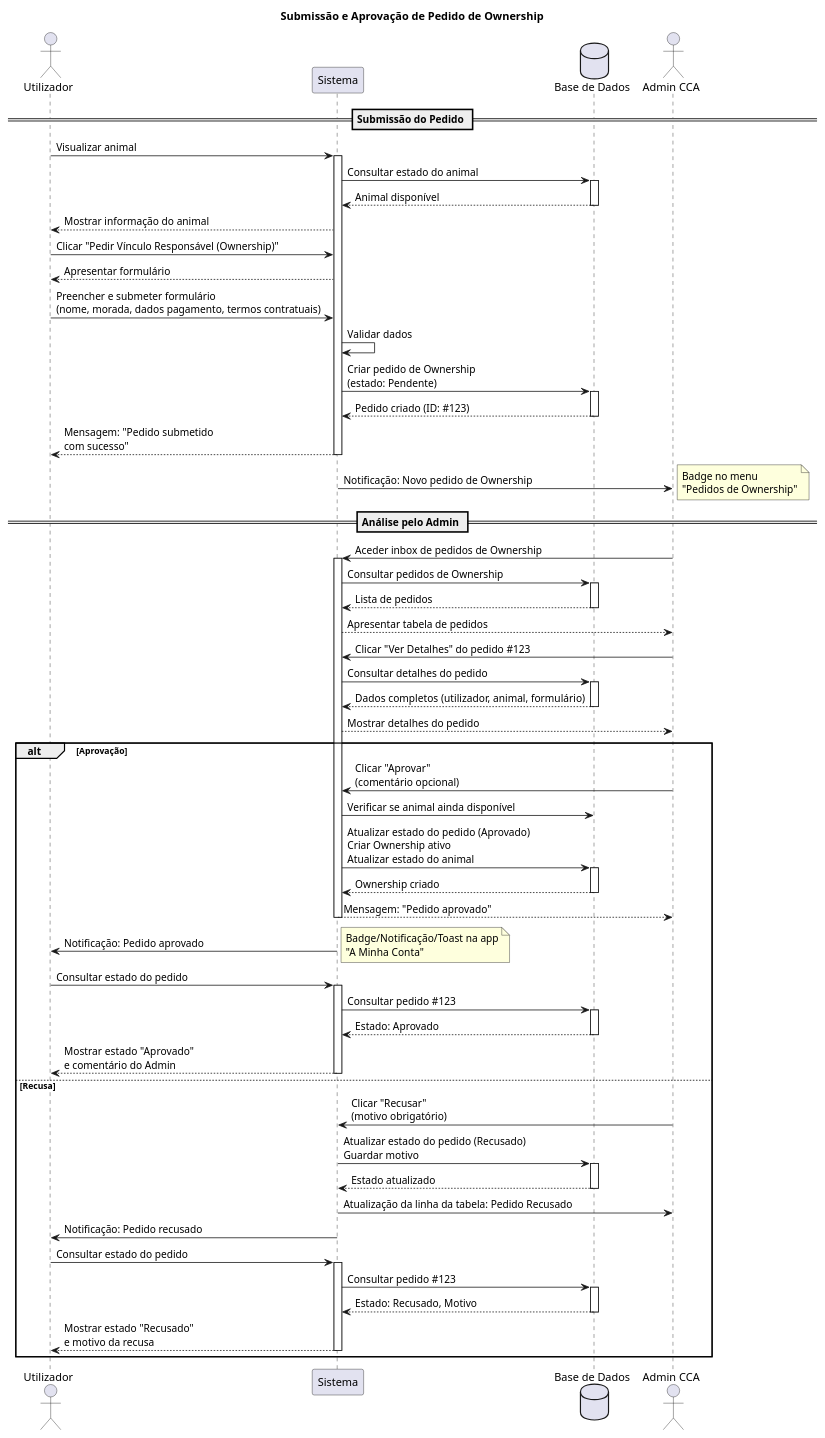
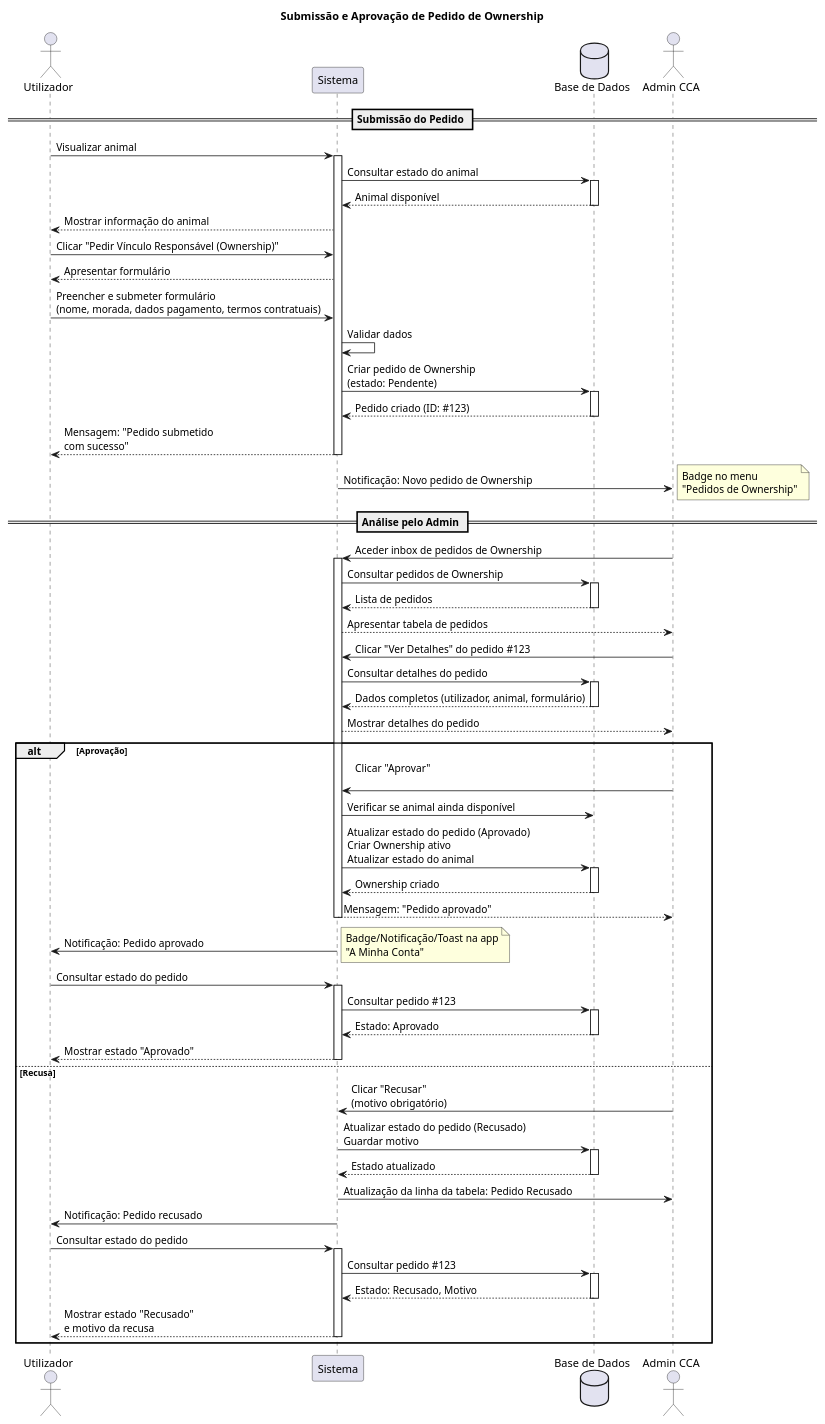
One commit to see-paw/project-artifacts changed the diagram in artefactos_tecnicos/diagramas/DiagramaSequenciaOwnership.puml. Above: the diagram before and after it, drawn with PlantUML.

```diff
--- a/artefactos_tecnicos/diagramas/DiagramaSequenciaOwnership.puml
+++ b/artefactos_tecnicos/diagramas/DiagramaSequenciaOwnership.puml
@@ -1,105 +1,105 @@
 @startuml
 actor "Utilizador" as User
 participant "Sistema" as System
 database "Base de Dados" as DB
 actor "Admin CCA" as Admin
 
 title Submissão e Aprovação de Pedido de Ownership
 
 == Submissão do Pedido ==
 
 User -> System: Visualizar animal
 activate System
 System -> DB: Consultar estado do animal
 activate DB
 DB --> System: Animal disponível
 deactivate DB
 System --> User: Mostrar informação do animal
 
 User -> System: Clicar "Pedir Vínculo Responsável (Ownership)"
 System --> User: Apresentar formulário
 
 User -> System: Preencher e submeter formulário\n(nome, morada, dados pagamento, termos contratuais)
 System -> System: Validar dados
 
 System -> DB: Criar pedido de Ownership\n(estado: Pendente)
 activate DB
 DB --> System: Pedido criado (ID: #123)
 deactivate DB
 
 System --> User: Mensagem: "Pedido submetido\ncom sucesso"
 deactivate System
 
 System -> Admin: Notificação: Novo pedido de Ownership
 note right
   Badge no menu
   "Pedidos de Ownership"
 end note
 
 == Análise pelo Admin ==
 
 Admin -> System: Aceder inbox de pedidos de Ownership
 activate System
 System -> DB: Consultar pedidos de Ownership
 activate DB
 DB --> System: Lista de pedidos
 deactivate DB
 System --> Admin: Apresentar tabela de pedidos
 
 Admin -> System: Clicar "Ver Detalhes" do pedido #123
 System -> DB: Consultar detalhes do pedido
 activate DB
 DB --> System: Dados completos (utilizador, animal, formulário)
 deactivate DB
 System --> Admin: Mostrar detalhes do pedido
 
 alt Aprovação
 
-  Admin -> System: Clicar "Aprovar"\n(comentário opcional)
+  Admin -> System: Clicar "Aprovar"\n
   System -> DB: Verificar se animal ainda disponível
    
   System -> DB: Atualizar estado do pedido (Aprovado)\nCriar Ownership ativo\nAtualizar estado do animal
   activate DB
   DB --> System: Ownership criado
   deactivate DB
   
   System --> Admin: Mensagem: "Pedido aprovado"
   deactivate System
   
   System -> User: Notificação: Pedido aprovado
   note right
     Badge/Notificação/Toast na app
     "A Minha Conta"
   end note
   
   User -> System: Consultar estado do pedido
   activate System
   System -> DB: Consultar pedido #123
   activate DB
   DB --> System: Estado: Aprovado
   deactivate DB
-  System --> User: Mostrar estado "Aprovado"\ne comentário do Admin
+  System --> User: Mostrar estado "Aprovado"
   deactivate System
 
 else Recusa
 
   Admin -> System: Clicar "Recusar"\n(motivo obrigatório)
   System -> DB: Atualizar estado do pedido (Recusado)\nGuardar motivo
   activate DB
   DB --> System: Estado atualizado
   deactivate DB
   
   System -> Admin: Atualização da linha da tabela: Pedido Recusado
   System -> User: Notificação: Pedido recusado
   
   User -> System: Consultar estado do pedido
   activate System
   System -> DB: Consultar pedido #123
   activate DB
   DB --> System: Estado: Recusado, Motivo
   deactivate DB
   System --> User: Mostrar estado "Recusado"\ne motivo da recusa
   deactivate System
 
 end
 @enduml
```
